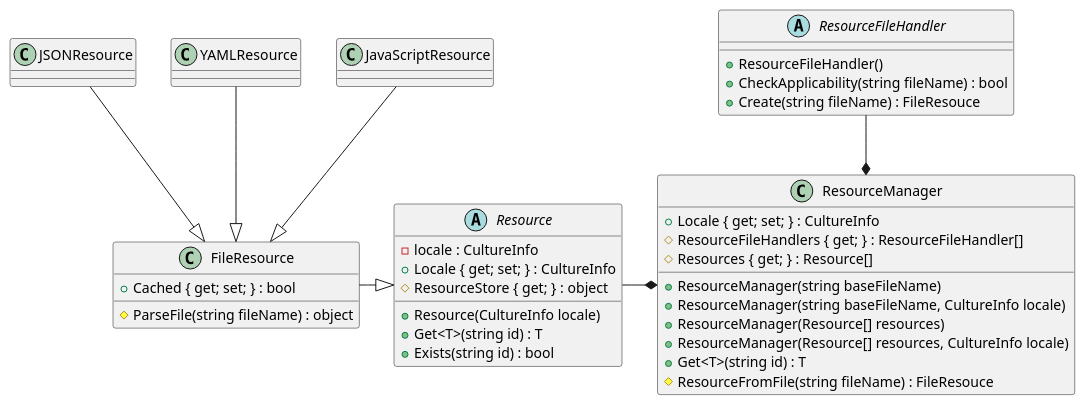
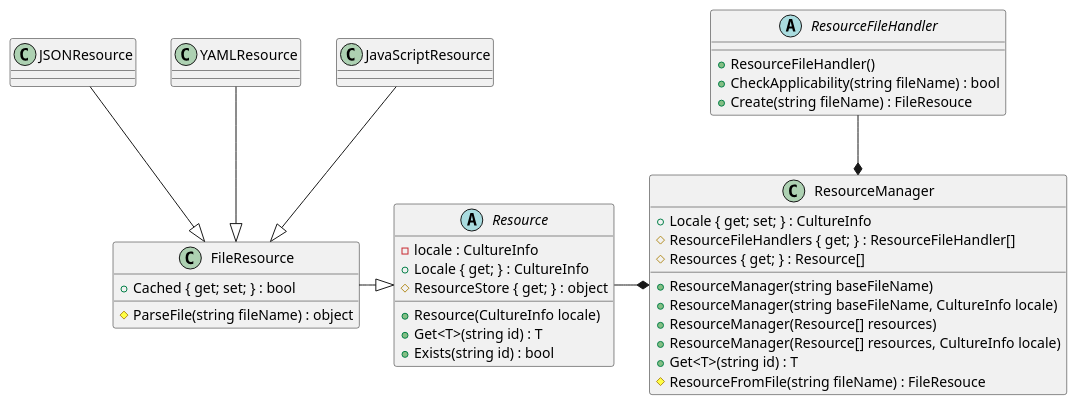
One commit to manuth/ResourceManager.js changed the diagram in docs/ClassDiagram.wsd. Above: the diagram before and after it, drawn with PlantUML. The commit also changed 2 other files, not shown here.

Commit message:
Make the locale of the resource-contructor optional

```diff
--- a/docs/ClassDiagram.wsd
+++ b/docs/ClassDiagram.wsd
@@ -1,56 +1,56 @@
 @startuml ResourceManager.js
 abstract class ResourceFileHandler
 {
     + ResourceFileHandler()
     + CheckApplicability(string fileName) : bool
     + Create(string fileName) : FileResouce
 }
 
 abstract class Resource
 {
     - locale : CultureInfo
     + Resource(CultureInfo locale)
-    + Locale { get; set; } : CultureInfo
+    + Locale { get; } : CultureInfo
     # ResourceStore { get; } : object
     + Get<T>(string id) : T
     + Exists(string id) : bool
 }
 
 class ResourceManager
 {
     + ResourceManager(string baseFileName)
     + ResourceManager(string baseFileName, CultureInfo locale)
     + ResourceManager(Resource[] resources)
     + ResourceManager(Resource[] resources, CultureInfo locale)
     + Locale { get; set; } : CultureInfo
     # ResourceFileHandlers { get; } : ResourceFileHandler[]
     # Resources { get; } : Resource[]
     + Get<T>(string id) : T
     # ResourceFromFile(string fileName) : FileResouce
 }
 
 class FileResource
 {
     + Cached { get; set; } : bool
     # ParseFile(string fileName) : object
 }
 
 class JSONResource
 {
 }
 
 class YAMLResource
 {
 }
 
 class JavaScriptResource
 {
 }
 
 JSONResource --|> FileResource
 YAMLResource --|> FileResource
 JavaScriptResource --|> FileResource
 FileResource -|> Resource
 Resource -* ResourceManager
 ResourceFileHandler --* ResourceManager
 @enduml
```
